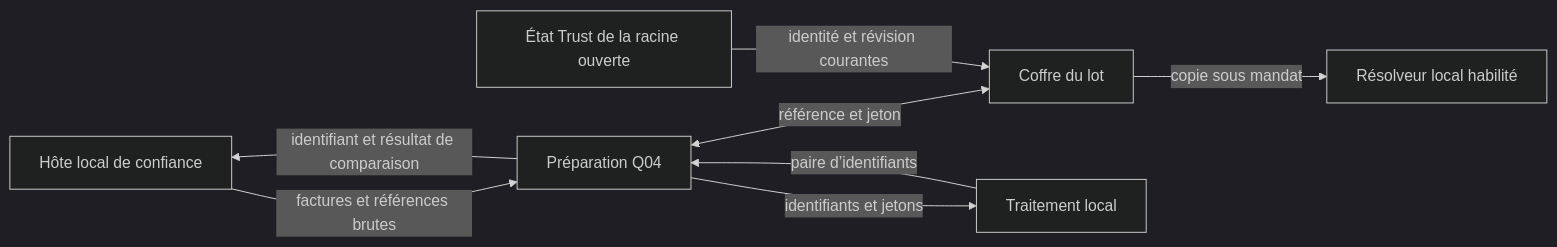
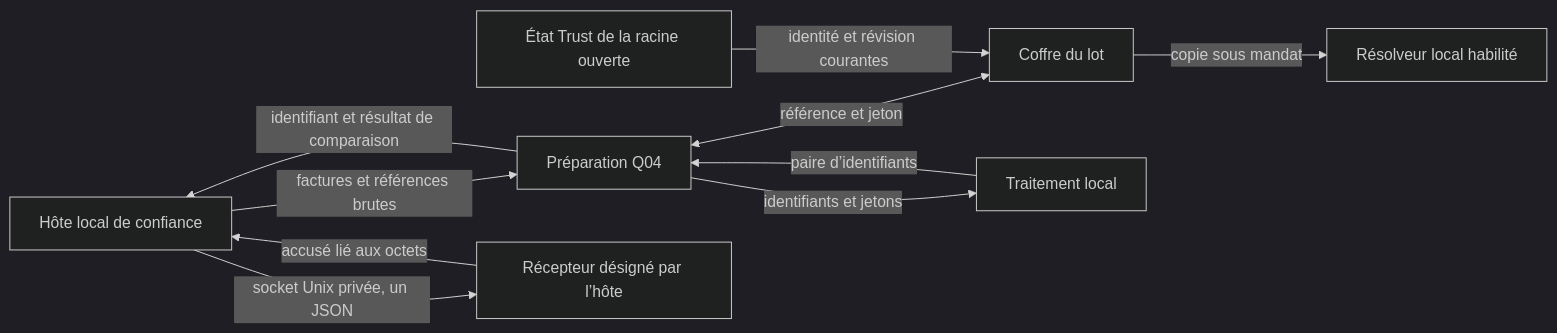
One commit to mo0ogly/swarm changed the diagram in docs/architecture/P02-TOKEN-VAULT.md. Above: the diagram before and after it, drawn with Mermaid (dark theme). The commit also changed other lines of this file and 8 other files, not shown here.

````diff
--- a/docs/architecture/P02-TOKEN-VAULT.md
+++ b/docs/architecture/P02-TOKEN-VAULT.md
@@ -14,10 +15,12 @@
 ```mermaid
 flowchart LR
   A[Hôte local de confiance] -->|factures et références brutes| F[Préparation Q04]
   F <-->|référence et jeton| V[Coffre du lot]
   T[État Trust de la racine ouverte] -->|identité et révision courantes| V
   F -->|identifiants et jetons| P[Traitement local]
   P -->|paire d’identifiants| F
   F -->|identifiant et résultat de comparaison| A
+  A -->|socket Unix privée, un JSON| D[Récepteur désigné par l’hôte]
+  D -->|accusé lié aux octets| A
   V -->|copie sous mandat| R[Résolveur local habilité]
 ```
````
